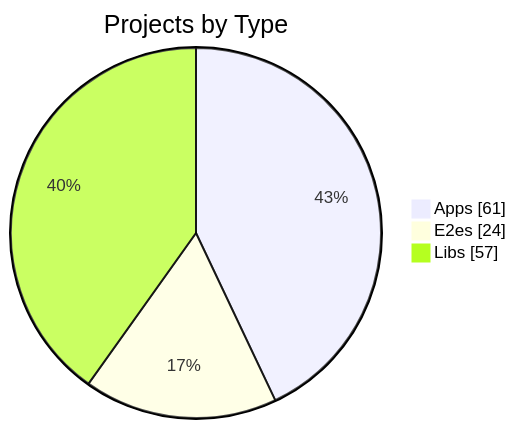
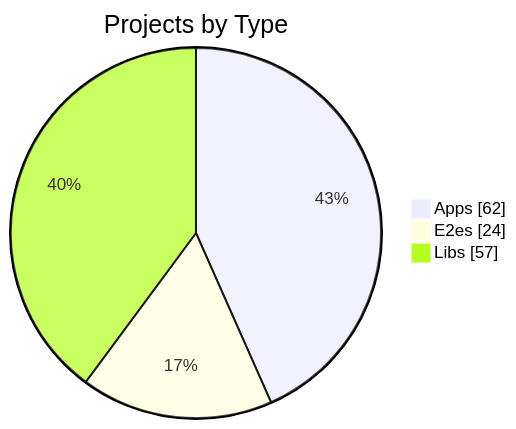
The first of 3 diagrams in apps/kbve/astro-kbve/src/content/docs/dashboard/graph.mdx (KBVE/kbve), drawn with Mermaid before and after one commit. The commit also changed other lines of this file and 1 other file, not shown here.

Commit message:
chore(content): daily graph scaffold [skip ci] (#14635)

````diff
--- a/apps/kbve/astro-kbve/src/content/docs/dashboard/graph.mdx
+++ b/apps/kbve/astro-kbve/src/content/docs/dashboard/graph.mdx
@@ -127,7 +127,7 @@
 ```mermaid
 pie showData
     title Projects by Type
-    "Apps" : 61
+    "Apps" : 62
     "E2es" : 24
     "Libs" : 57
 ```
````
